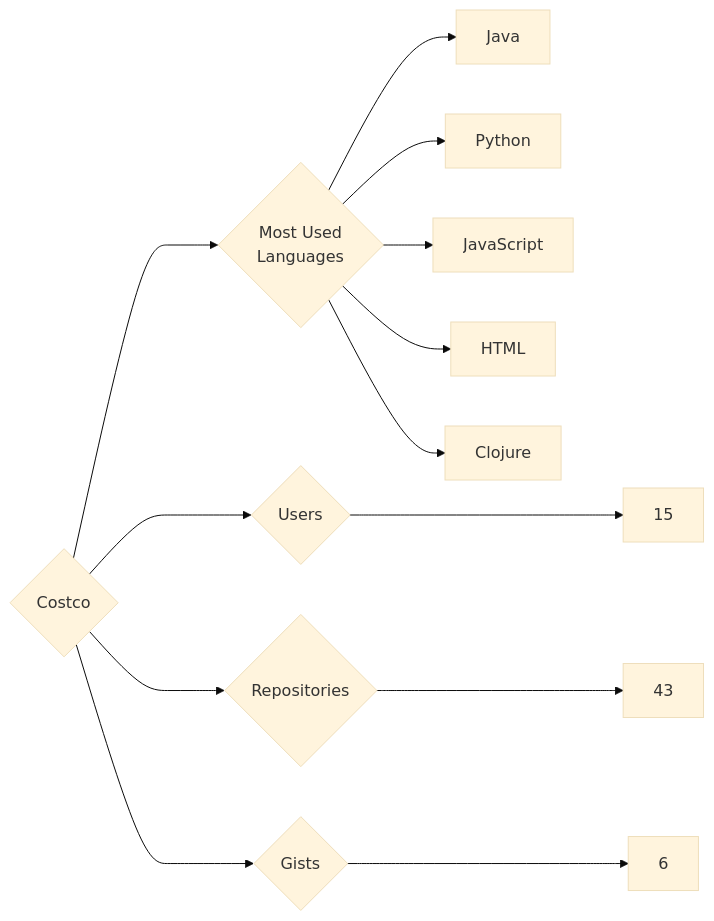
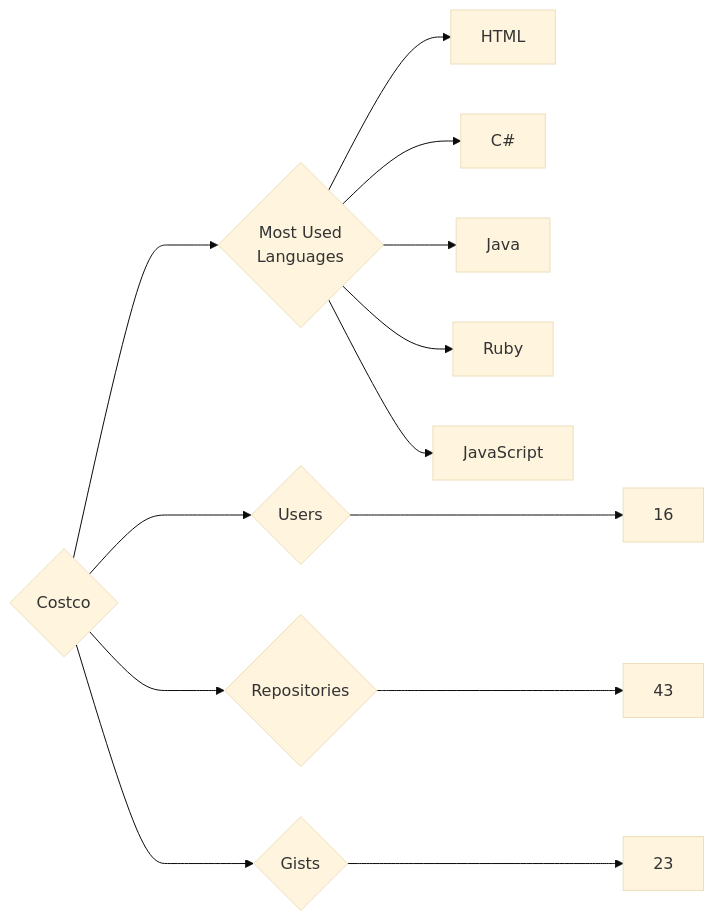
One commit to trickest/insiders changed the diagram in targets/Costco/README.md. Above: the diagram before and after it, drawn with Mermaid (base theme). The commit also changed 1084 other files, not shown here.

````diff
--- a/targets/Costco/README.md
+++ b/targets/Costco/README.md
@@ -3,13 +3,13 @@
 ```mermaid
 graph LR
 COMPANY_NAME{Costco}
-COMPANY_NAME ---> U{Users} ---> UN[15]
+COMPANY_NAME ---> U{Users} ---> UN[16]
 COMPANY_NAME ---> R{Repositories} ---> RN[43]
-COMPANY_NAME ---> G{Gists} ---> GN[6]
+COMPANY_NAME ---> G{Gists} ---> GN[23]
 COMPANY_NAME ---> ML{Most Used<br>Languages}
+ML --> HTML[HTML]
+ML --> C#[C#]
 ML --> Java[Java]
-ML --> Python[Python]
+ML --> Ruby[Ruby]
 ML --> JavaScript[JavaScript]
-ML --> HTML[HTML]
-ML --> Clojure[Clojure]
 ```
````
